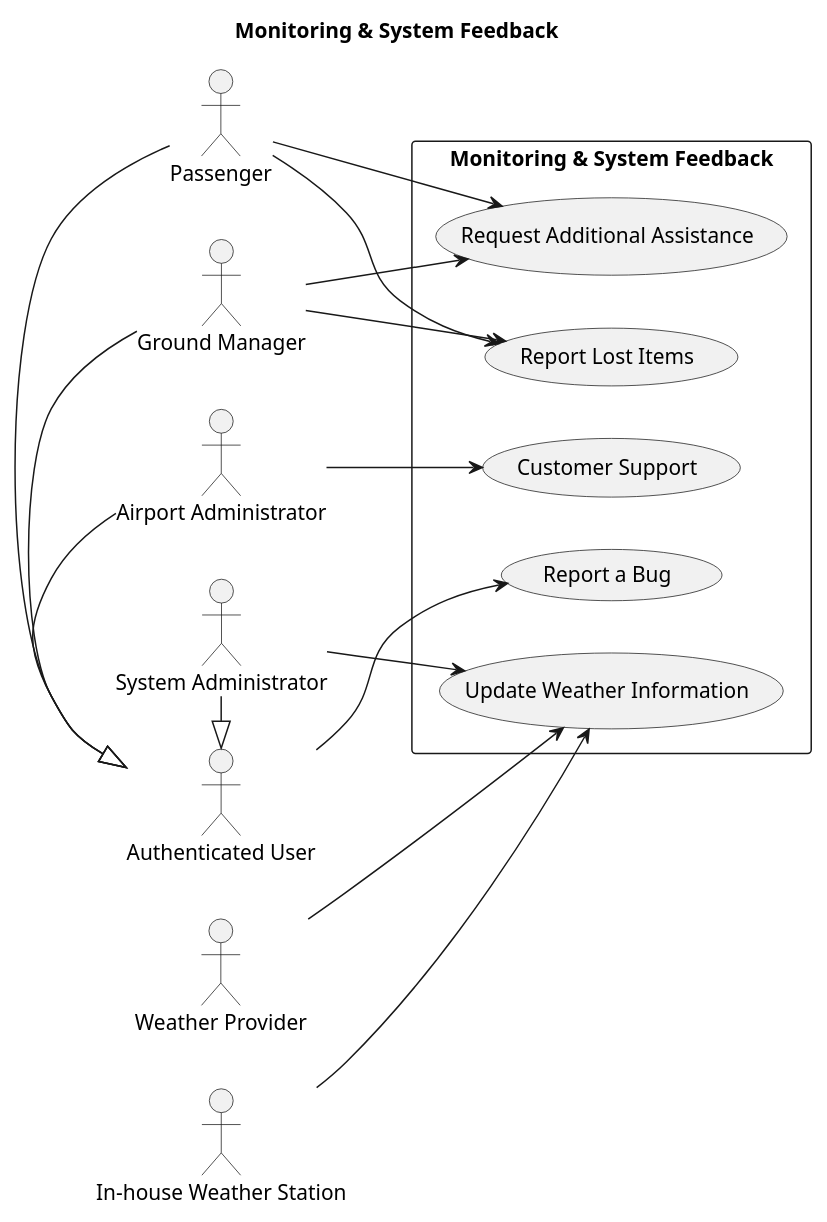
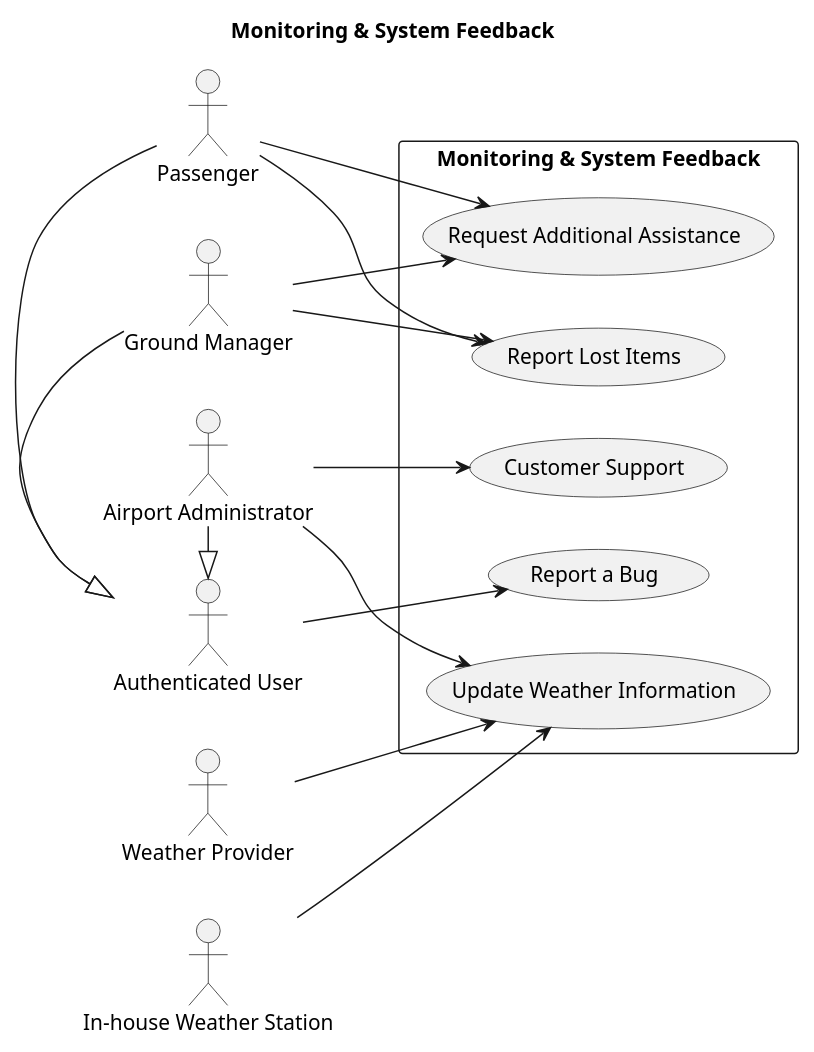
Before and after one commit to pls-lcu/airpal-SE-25-26-: the diagram in docs/uml/UCD-Monitoring.puml, drawn with PlantUML. The commit also changed 6 other files, not shown here.

Commit message:
merge SystemAdministrator into AirportAdministrator

```diff
--- a/docs/uml/UCD-Monitoring.puml
+++ b/docs/uml/UCD-Monitoring.puml
@@ -1,38 +1,36 @@
 @startuml UC_Monitoring_System_Feedback
 
 left to right direction
 title Monitoring & System Feedback
 
 ' Actor generalization hierarchy
 actor "Authenticated User" as Auth
 actor "Passenger" as Passenger
 actor "Ground Manager" as GM
 actor "Airport Administrator" as AirportAdmin
-actor "System Administrator" as SysAdmin
 actor "Weather Provider" as WeatherProvider
 actor "In-house Weather Station" as WeatherStation
 
 Passenger -|> Auth
 GM -|> Auth
 AirportAdmin -|> Auth
-SysAdmin -|> Auth
 
 rectangle "Monitoring & System Feedback" {
   usecase "Report a Bug" as UC16
   usecase "Report Lost Items" as UC14
   usecase "Request Additional Assistance" as UC15
   usecase "Customer Support" as UC17
   usecase "Update Weather Information" as UC27
 }
 
 Auth --> UC16
 Passenger --> UC14
 Passenger --> UC15
 AirportAdmin --> UC17
 GM --> UC14
 GM --> UC15
-SysAdmin --> UC27
+AirportAdmin --> UC27
 WeatherProvider --> UC27
 WeatherStation --> UC27
 
 @enduml
```
